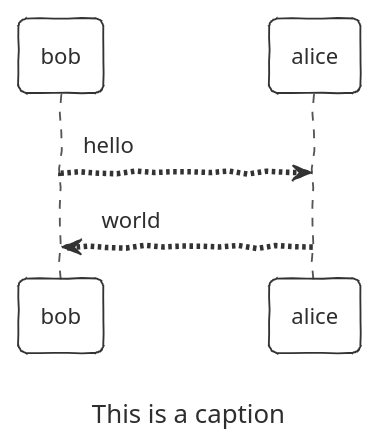
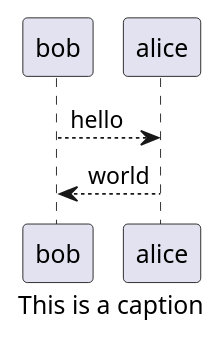
Before and after one commit to jesse-grabowski/java-blog: the diagram in java-blog-content/src/docs/asciidoc/en/index.adoc, drawn with PlantUML. The commit also changed other lines of this file and 9 other files, not shown here.

```diff
--- a/java-blog-content/src/docs/asciidoc/en/index.adoc
+++ b/java-blog-content/src/docs/asciidoc/en/index.adoc
@@ -27,10 +27,9 @@
 [plantuml, test-image, format=svg, alt="Diagram showing key exchange"]
 ....
 @startuml
-!theme sketchy-outline
 
 bob --> alice : hello
 alice --> bob : world
 
 caption This is a caption
 ....
```
